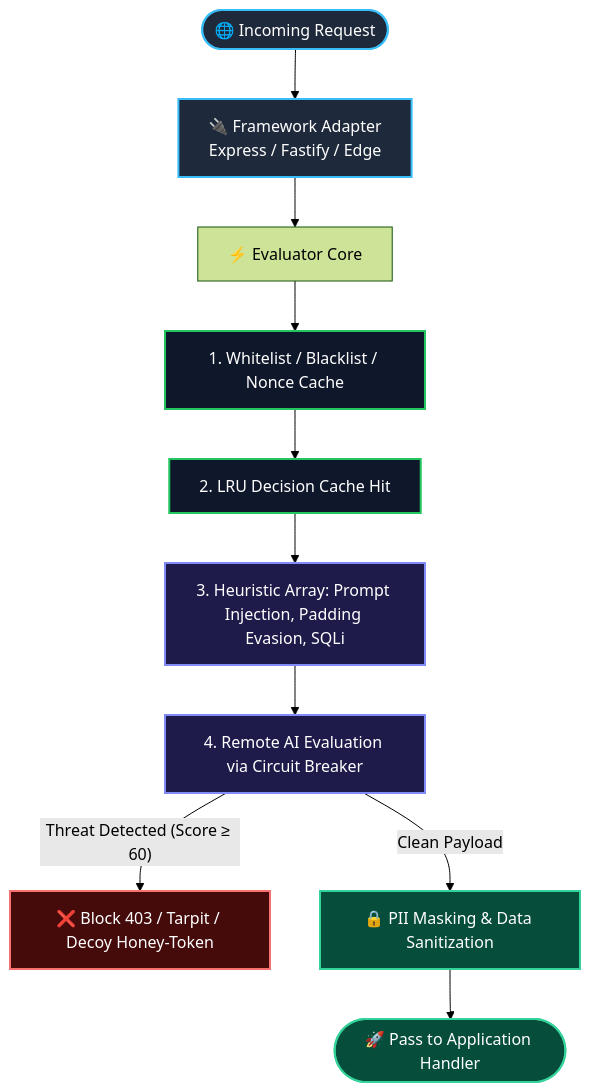
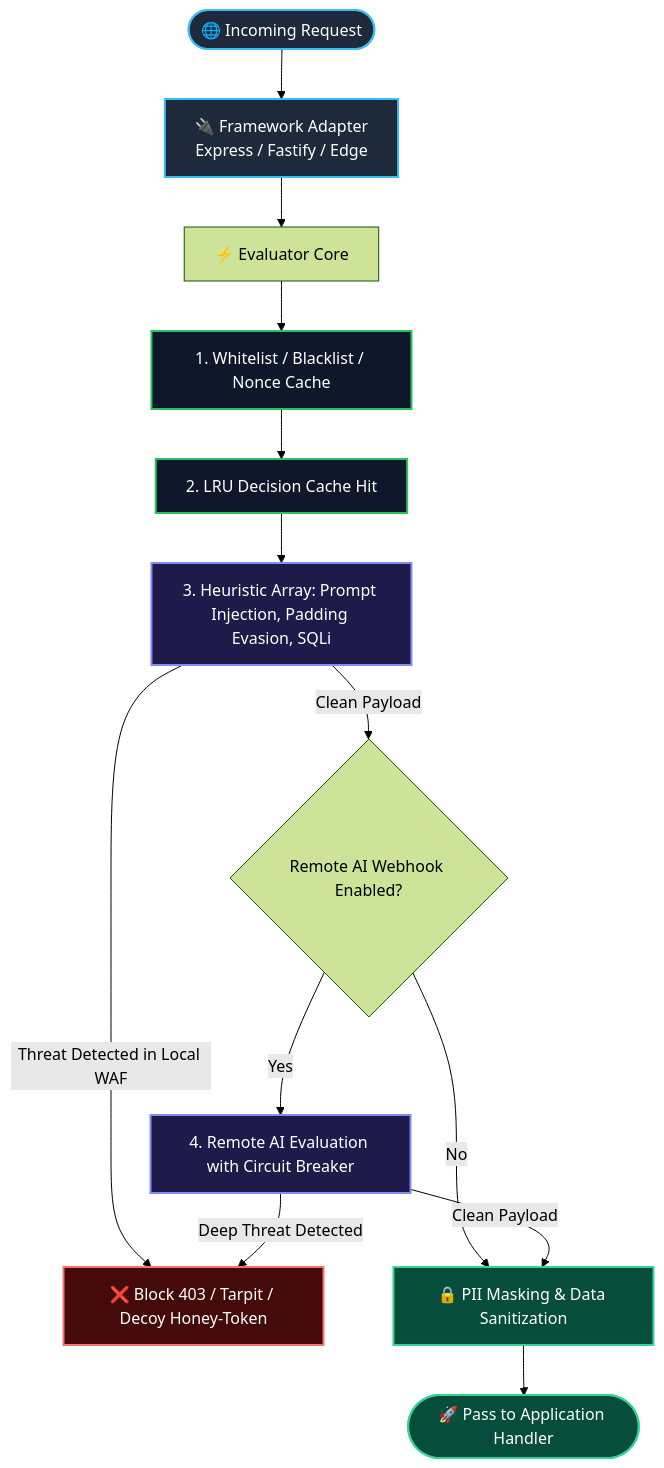
The diagram in README.md (uranotools/urano-guard), drawn with Mermaid (forest theme) before and after one commit. The commit also changed other lines of this file, not shown here.

Commit message:
docs: add How It Works and FAQ section highlighting 100% local operation and optional AI webhook

````diff
--- a/README.md
+++ b/README.md
@@ -136,20 +142,25 @@
 ```mermaid
 flowchart TD
     classDef ingress fill:#1e293b,stroke:#38bdf8,stroke-width:2px,color:#fff;
     classDef memory fill:#0f172a,stroke:#22c55e,stroke-width:2px,color:#fff;
     classDef heuristic fill:#1e1b4b,stroke:#818cf8,stroke-width:2px,color:#fff;
     classDef defense fill:#450a0a,stroke:#f87171,stroke-width:2px,color:#fff;
     classDef allow fill:#064e3b,stroke:#34d399,stroke-width:2px,color:#fff;
 
     REQ([🌐 Incoming Request]):::ingress --> ADAPT[🔌 Framework Adapter<br/>Express / Fastify / Edge]:::ingress
     ADAPT --> EVAL[⚡ Evaluator Core]
     
     EVAL --> STAGE1[1. Whitelist / Blacklist / Nonce Cache]:::memory
     STAGE1 --> STAGE2[2. LRU Decision Cache Hit]:::memory
     STAGE2 --> STAGE3[3. Heuristic Array: Prompt Injection, Padding Evasion, SQLi]:::heuristic
-    STAGE3 --> STAGE4[4. Remote AI Evaluation via Circuit Breaker]:::heuristic
     
-    STAGE4 -- Threat Detected (Score ≥ 60) --> DEF[❌ Block 403 / Tarpit / Decoy Honey-Token]:::defense
-    STAGE4 -- Clean Payload --> PII[🔒 PII Masking & Data Sanitization]:::allow
+    STAGE3 -- Threat Detected in Local WAF --> DEF[❌ Block 403 / Tarpit / Decoy Honey-Token]:::defense
+    
+    STAGE3 -- Clean Payload --> OPT_AI{Remote AI Webhook Enabled?}
+    OPT_AI -- Yes --> STAGE4[4. Remote AI Evaluation with Circuit Breaker]:::heuristic
+    OPT_AI -- No --> PII[🔒 PII Masking & Data Sanitization]:::allow
+    STAGE4 -- Clean Payload --> PII
+    STAGE4 -- Deep Threat Detected --> DEF
+    
     PII --> APP([🚀 Pass to Application Handler]):::allow
 ```
````
